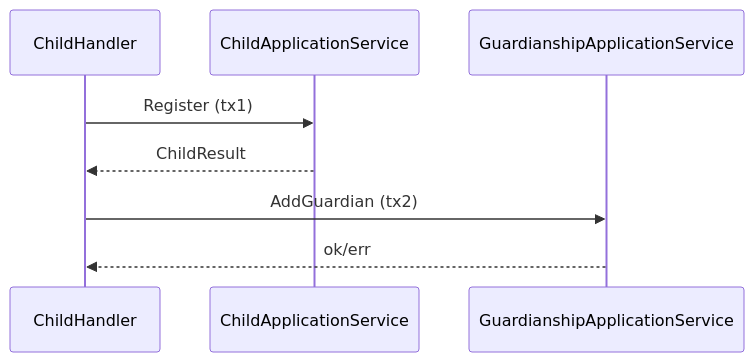
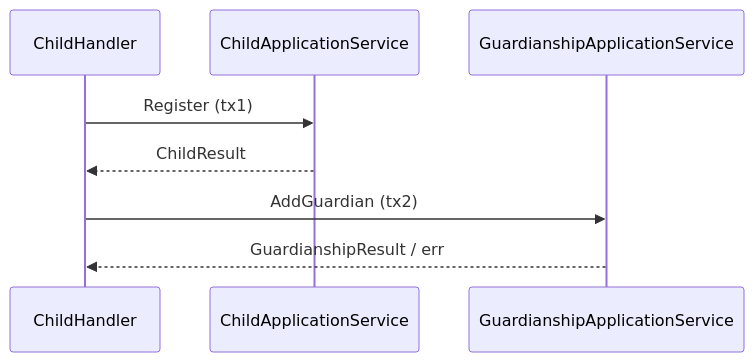
One commit to FangcunMount/iam-contracts changed the fifth of 5 diagrams in docs/02-业务域/03-user-用户、儿童、Guardianship.md. Above: the diagram before and after it, drawn with Mermaid. The commit also changed other lines of this file and 24 other files, not shown here.

````diff
--- a/docs/02-业务域/03-user-用户、儿童、Guardianship.md
+++ b/docs/02-业务域/03-user-用户、儿童、Guardianship.md
@@ -186,10 +216,11 @@
 ```mermaid
 sequenceDiagram
   participant H as ChildHandler
   participant C as ChildApplicationService
   participant G as GuardianshipApplicationService
+
   H->>C: Register (tx1)
   C-->>H: ChildResult
   H->>G: AddGuardian (tx2)
-  G-->>H: ok/err
+  G-->>H: GuardianshipResult / err
 ```
````
